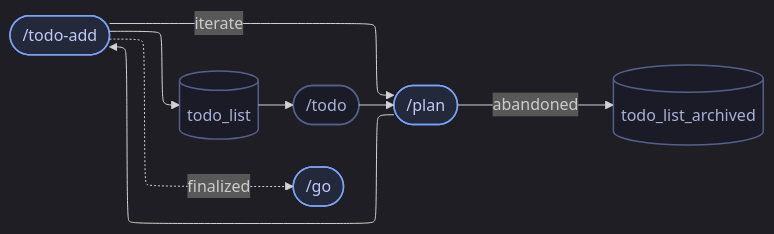
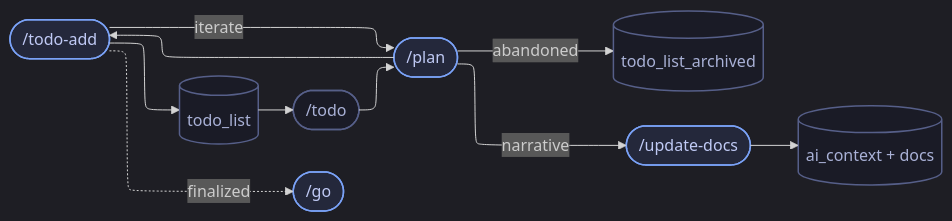
Before and after one commit to LeanderLXZ/holo: the first of 3 diagrams in README.md, drawn with Mermaid. The commit also changed other lines of this file and 37 other files, not shown here.

````diff
--- a/README.md
+++ b/README.md
@@ -186,18 +211,20 @@
 ```mermaid
 %%{init: {'theme':'dark', 'flowchart': {'defaultRenderer': 'elk'}}}%%
 flowchart LR
   TodoList[("todo_list")] --> Todo(["/todo"])
   Todo --> Plan(["/plan"])
   Plan --> TodoAdd(["/todo-add"])
   TodoAdd -- iterate --> Plan
   TodoAdd --> TodoList
   Plan -- abandoned --> Archived[("todo_list_archived")]
   TodoAdd -. finalized .-> Go(["/go"])
+  Plan -- narrative --> UpdateDocs(["/update-docs"])
+  UpdateDocs --> AiContextDocs[("ai_context + docs")]
 
   classDef workflow fill:#24283b,stroke:#7aa2f7,color:#c0caf5,stroke-width:1.5px
   classDef inventory fill:#1a1b26,stroke:#565f89,color:#a9b1d6,stroke-width:1.5px
   classDef data fill:#1a1b26,stroke:#565f89,color:#a9b1d6,stroke-width:1.5px
-  class Plan,TodoAdd,Go workflow
+  class Plan,TodoAdd,Go,UpdateDocs workflow
   class Todo inventory
-  class TodoList,Archived data
+  class TodoList,Archived,AiContextDocs data
 ```
````
